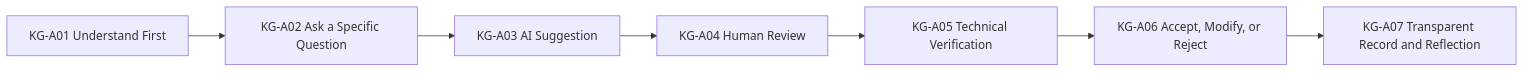
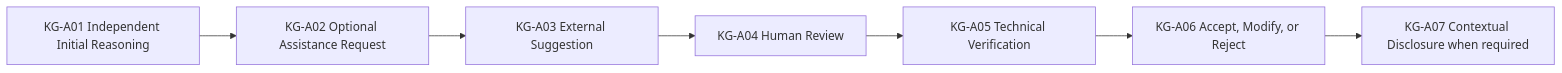
One commit to inred329/summer_pre_course_2026 changed the ninth of 9 diagrams in design/04-programming-language-knowledge-graph.en.md. Above: the diagram before and after it, drawn with Mermaid. The commit also changed other lines of this file and 104 other files, not shown here.

````diff
--- a/design/04-programming-language-knowledge-graph.en.md
+++ b/design/04-programming-language-knowledge-graph.en.md
@@ -264,9 +273,9 @@
 ```mermaid
 flowchart LR
-    A01[KG-A01 Understand First] --> A02[KG-A02 Ask a Specific Question]
-    A02 --> A03[KG-A03 AI Suggestion]
+    A01[KG-A01 Independent Initial Reasoning] --> A02[KG-A02 Optional Assistance Request]
+    A02 --> A03[KG-A03 External Suggestion]
     A03 --> A04[KG-A04 Human Review]
     A04 --> A05[KG-A05 Technical Verification]
     A05 --> A06[KG-A06 Accept, Modify, or Reject]
-    A06 --> A07[KG-A07 Transparent Record and Reflection]
+    A06 --> A07[KG-A07 Contextual Disclosure when required]
 ```
````
